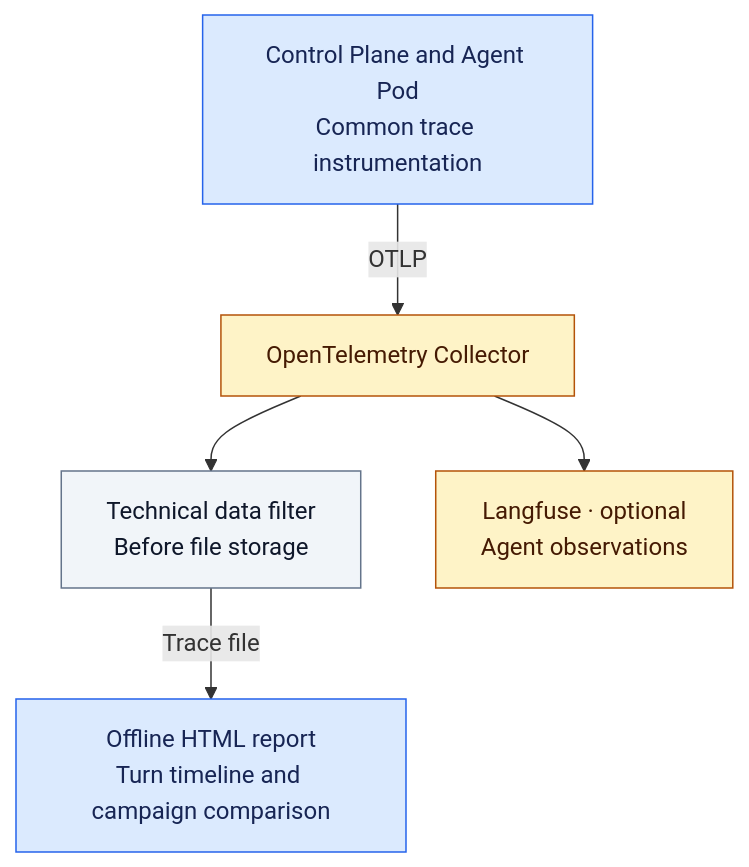
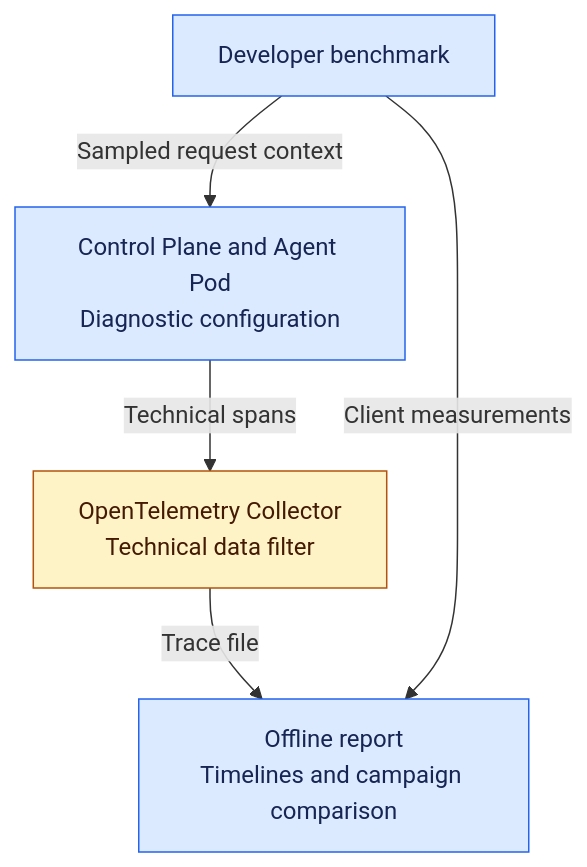
Before and after one commit to ThalesGroup/fred: the diagram in docs/architecture/08-operations.md, drawn with Mermaid. The commit also changed other lines of this file and 32 other files, not shown here.

````diff
--- a/docs/architecture/08-operations.md
+++ b/docs/architecture/08-operations.md
@@ -149,20 +163,18 @@
 ```mermaid
 flowchart TD
-    F["Control Plane and Agent Pod<br/>Common trace instrumentation"]
-    C["OpenTelemetry Collector"]
-    S["Technical data filter<br/>Before file storage"]
-    H["Offline HTML report<br/>Turn timeline and campaign comparison"]
-    L["Langfuse · optional<br/>Agent observations"]
+    B["Developer benchmark"]
+    F["Control Plane and Agent Pod<br/>Diagnostic configuration"]
+    C["OpenTelemetry Collector<br/>Technical data filter"]
+    H["Offline report<br/>Timelines and campaign comparison"]
 
-    F -->|OTLP| C
-    C --> S
-    S -->|Trace file| H
-    C --> L
+    B -->|Sampled request context| F
+    F -->|Technical spans| C
+    C -->|Trace file| H
+    B -->|Client measurements| H
 
     classDef fred fill:#DBEAFE,stroke:#2563EB,color:#172554
     classDef cots fill:#FEF3C7,stroke:#B45309,color:#451A03
     classDef neutral fill:#F1F5F9,stroke:#64748B,color:#0F172A
-    class F,H fred
-    class C,L cots
-    class S neutral
+    class B,F,H fred
+    class C cots
 ```
````
